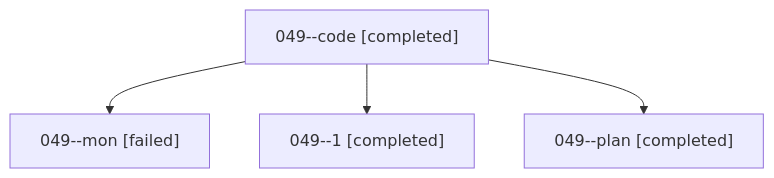
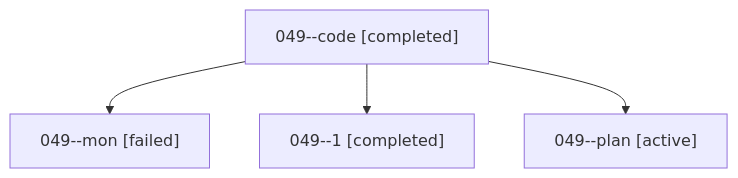
The diagram in families/bbugyi200.athena.049.md (sase-org/sase--agents), drawn with Mermaid before and after one commit. The commit also changed other lines of this file and 35830 other files, not shown here.

````diff
--- a/families/bbugyi200.athena.049.md
+++ b/families/bbugyi200.athena.049.md
@@ -9,10 +9,10 @@
 ```mermaid
 flowchart TD
   n0["049--code [completed]"]
   n1["049--mon [failed]"]
   n0 --> n1
   n2["049--1 [completed]"]
   n0 --> n2
-  n3["049--plan [completed]"]
+  n3["049--plan [active]"]
   n0 --> n3
 ```
````
